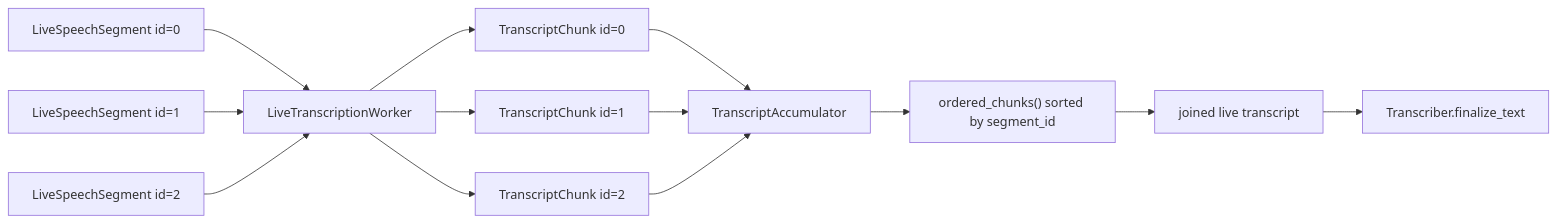
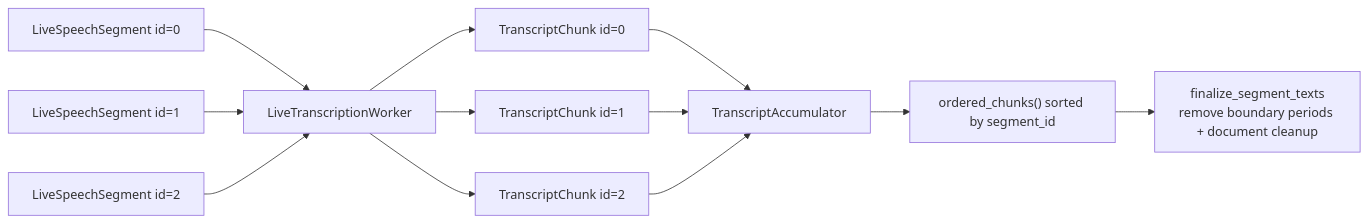
Before and after one commit to laceyp99/murmur: the second of 3 diagrams in docs/transcription-and-cleanup.md, drawn with Mermaid. The commit also changed other lines of this file and 2 other files, not shown here.

````diff
--- a/docs/transcription-and-cleanup.md
+++ b/docs/transcription-and-cleanup.md
@@ -38,17 +38,16 @@
 ```mermaid
 flowchart LR
     Segment0["LiveSpeechSegment id=0"] --> Worker["LiveTranscriptionWorker"]
     Segment1["LiveSpeechSegment id=1"] --> Worker
     Segment2["LiveSpeechSegment id=2"] --> Worker
 
     Worker --> Chunk0["TranscriptChunk id=0"]
     Worker --> Chunk1["TranscriptChunk id=1"]
     Worker --> Chunk2["TranscriptChunk id=2"]
 
     Chunk0 --> Accumulator["TranscriptAccumulator"]
     Chunk1 --> Accumulator
     Chunk2 --> Accumulator
     Accumulator --> Ordered["ordered_chunks() sorted by segment_id"]
-    Ordered --> LiveText["joined live transcript"]
-    LiveText --> Finalize["Transcriber.finalize_text"]
+    Ordered --> Finalize["finalize_segment_texts<br/>remove boundary periods + document cleanup"]
 ```
````
